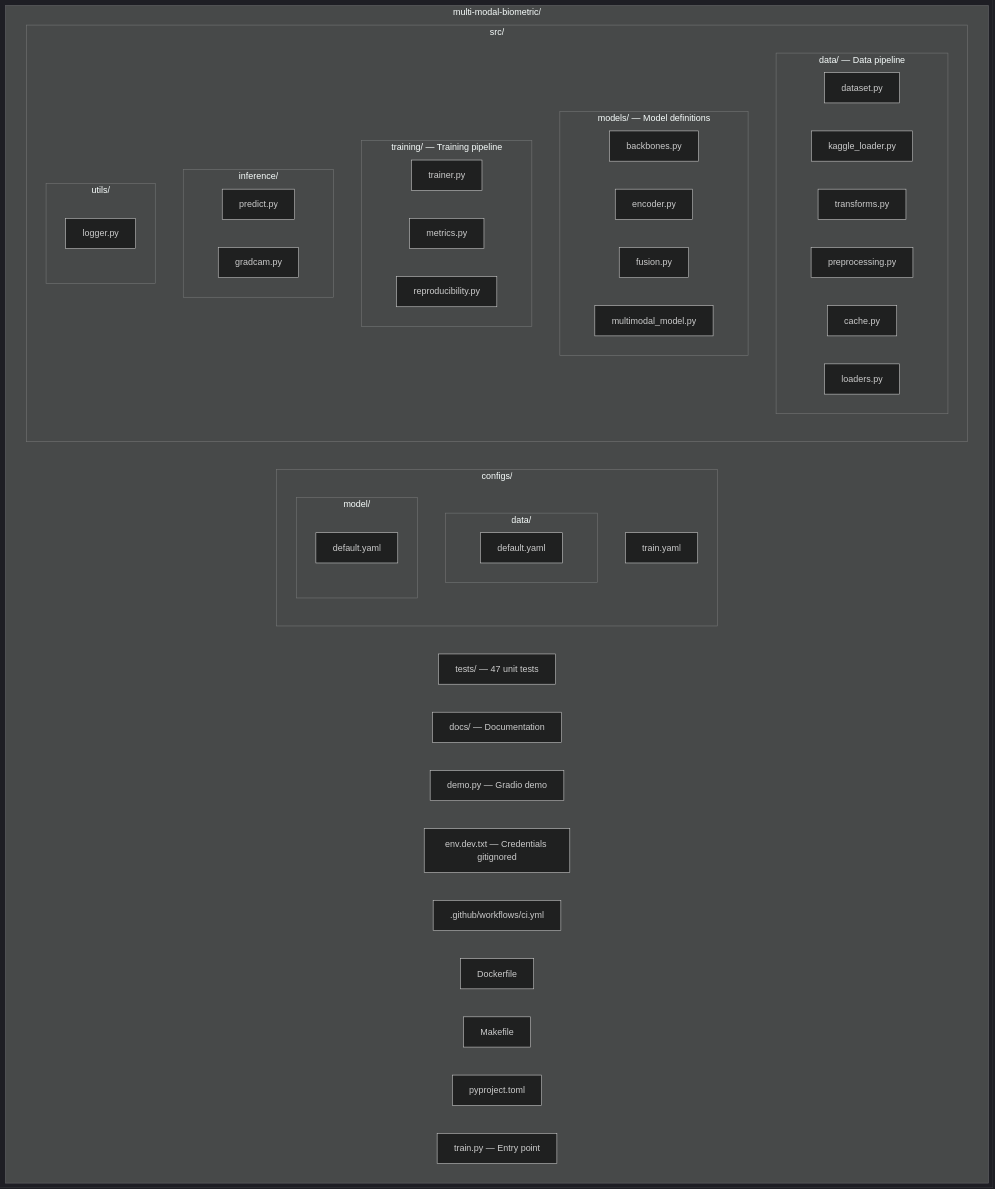
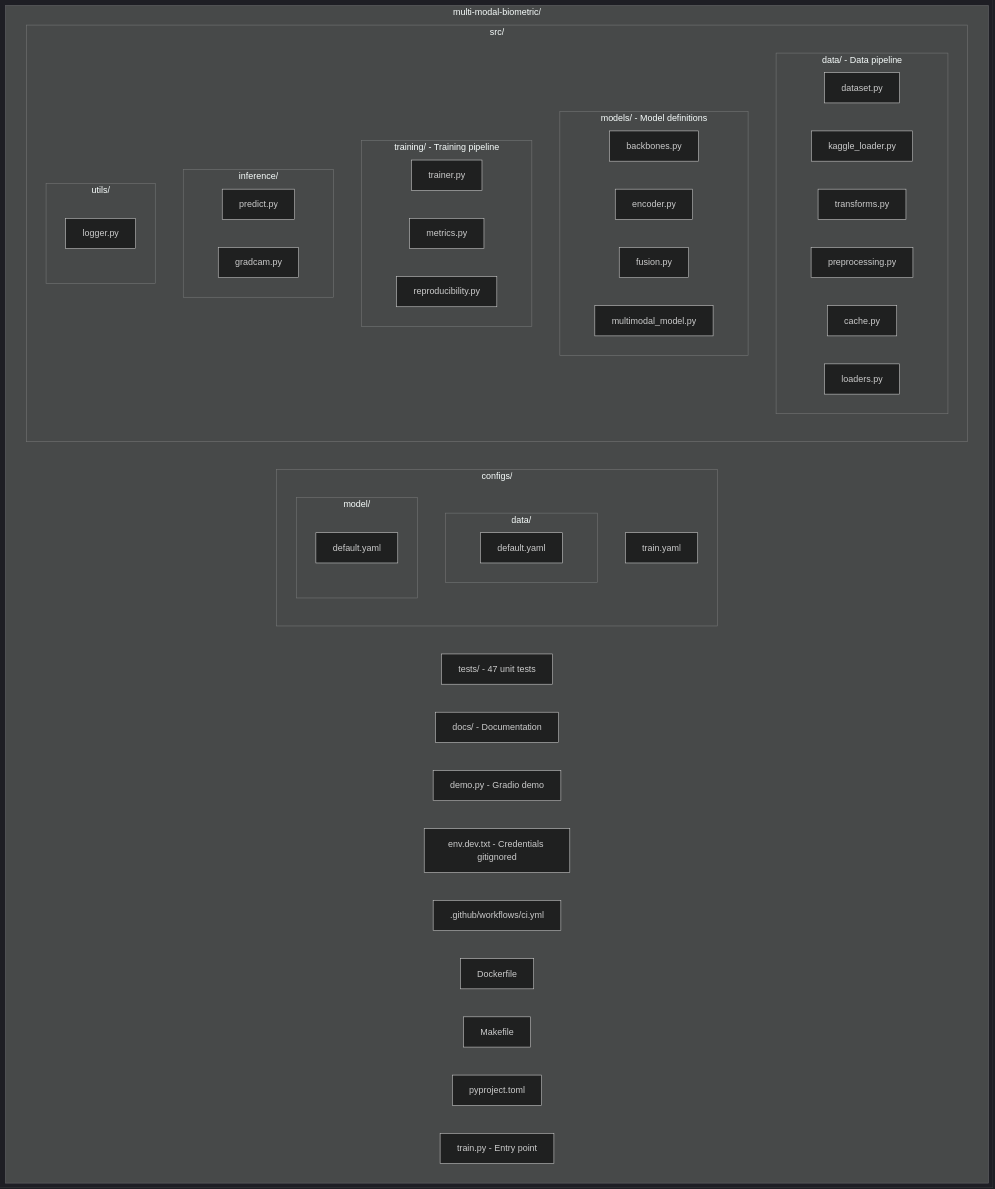
The second of 2 diagrams in README.md (DurgaRath9/multi-modal-biometric), drawn with Mermaid (dark theme) before and after one commit. The commit also changed other lines of this file and 7 other files, not shown here.

````diff
--- a/README.md
+++ b/README.md
@@ -82,52 +77,52 @@
 ```mermaid
 graph LR
     subgraph root["multi-modal-biometric/"]
         direction LR
         subgraph configs["configs/"]
             train_yaml[train.yaml]
             subgraph configs_data["data/"]
                 data_default[default.yaml]
             end
             subgraph configs_model["model/"]
                 model_default[default.yaml]
             end
         end
         subgraph src["src/"]
-            subgraph data_mod["data/ — Data pipeline"]
+            subgraph data_mod["data/ - Data pipeline"]
                 dataset_py[dataset.py]
                 kaggle_loader_py[kaggle_loader.py]
                 transforms_py[transforms.py]
                 preprocessing_py[preprocessing.py]
                 cache_py[cache.py]
                 loaders_py[loaders.py]
             end
-            subgraph models_mod["models/ — Model definitions"]
+            subgraph models_mod["models/ - Model definitions"]
                 backbones_py[backbones.py]
                 encoder_py[encoder.py]
                 fusion_py[fusion.py]
                 mm_model_py[multimodal_model.py]
             end
-            subgraph training_mod["training/ — Training pipeline"]
+            subgraph training_mod["training/ - Training pipeline"]
                 trainer_py[trainer.py]
                 metrics_py[metrics.py]
                 repro_py[reproducibility.py]
             end
             subgraph inference_mod["inference/"]
                 predict_py[predict.py]
                 gradcam_py[gradcam.py]
             end
             subgraph utils_mod["utils/"]
                 logger_py[logger.py]
             end
         end
-        tests["tests/ — 47 unit tests"]
-        docs["docs/ — Documentation"]
-        demo[demo.py — Gradio demo]
-        env[env.dev.txt — Credentials gitignored]
+        tests["tests/ - 47 unit tests"]
+        docs["docs/ - Documentation"]
+        demo[demo.py - Gradio demo]
+        env[env.dev.txt - Credentials gitignored]
         ci[".github/workflows/ci.yml"]
         dockerfile[Dockerfile]
         makefile[Makefile]
         pyproject[pyproject.toml]
-        train_entry[train.py — Entry point]
+        train_entry[train.py - Entry point]
     end
 ```
````
